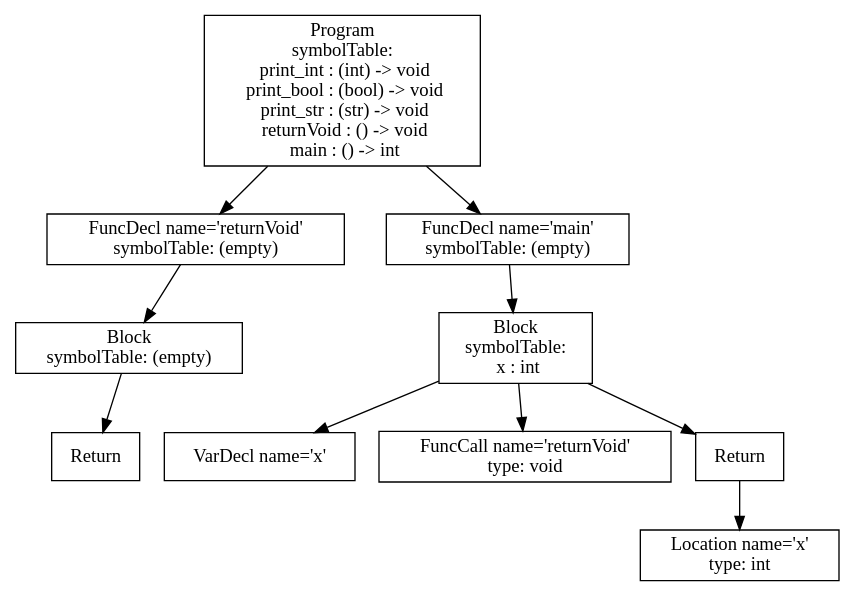
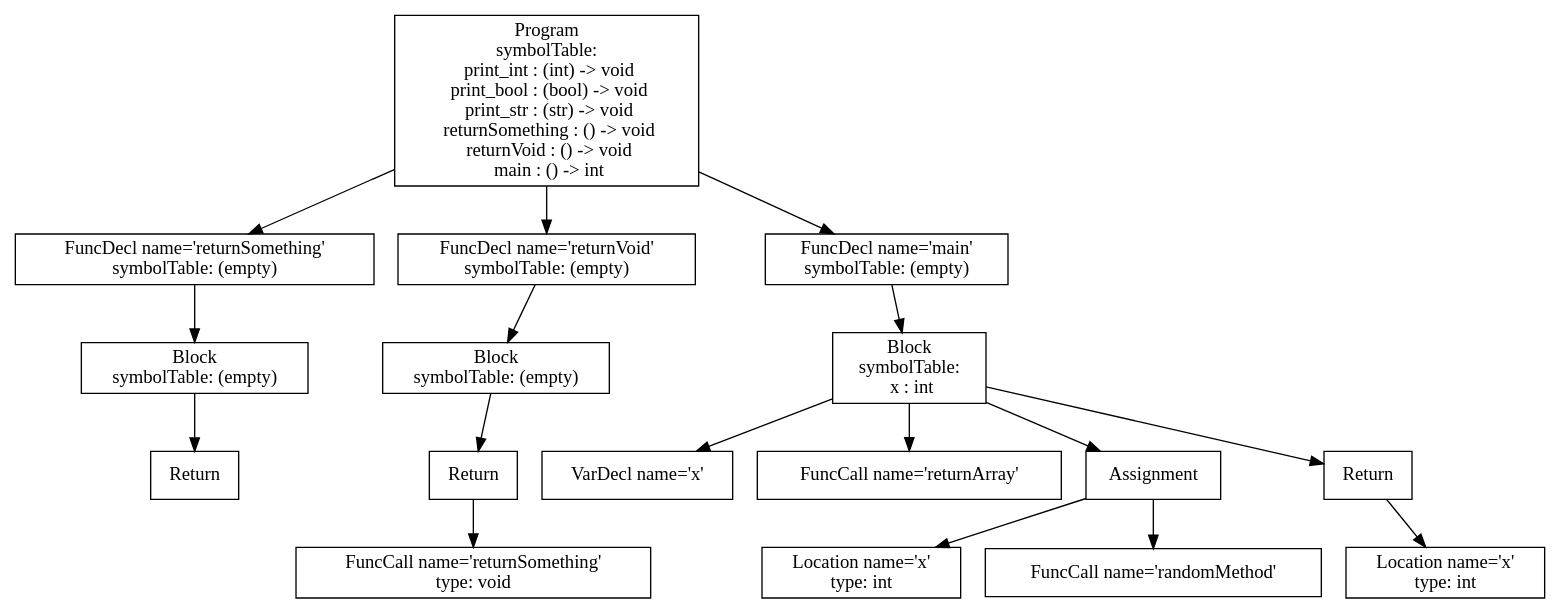
Before and after one commit to atrim11/CS432: the diagram in p3-analysis/tree.dot, drawn with Graphviz. The commit also changed 160 other files, not shown here.

Commit message:
var assignment to a method that doesnt exist

```diff
--- a/p3-analysis/tree.dot
+++ b/p3-analysis/tree.dot
@@ -1,21 +1,35 @@
 digraph AST {
 3 [shape=box, label="Return"];
 2 [shape=box, label="Block\nsymbolTable: (empty)"];
 2 -> 3;
-1 [shape=box, label="FuncDecl name='returnVoid'\nsymbolTable: (empty)"];
+1 [shape=box, label="FuncDecl name='returnSomething'\nsymbolTable: (empty)"];
 1 -> 2;
-6 [shape=box, label="VarDecl name='x'"];
-7 [shape=box, label="FuncCall name='returnVoid'\ntype: void"];
-9 [shape=box, label="Location name='x'\ntype: int"];
-8 [shape=box, label="Return"];
+7 [shape=box, label="FuncCall name='returnSomething'\ntype: void"];
+6 [shape=box, label="Return"];
+6 -> 7;
+5 [shape=box, label="Block\nsymbolTable: (empty)"];
+5 -> 6;
+4 [shape=box, label="FuncDecl name='returnVoid'\nsymbolTable: (empty)"];
+4 -> 5;
+10 [shape=box, label="VarDecl name='x'"];
+11 [shape=box, label="FuncCall name='returnArray'"];
+13 [shape=box, label="Location name='x'\ntype: int"];
+14 [shape=box, label="FuncCall name='randomMethod'"];
+12 [shape=box, label="Assignment"];
+12 -> 13;
+12 -> 14;
+16 [shape=box, label="Location name='x'\ntype: int"];
+15 [shape=box, label="Return"];
+15 -> 16;
+9 [shape=box, label="Block\nsymbolTable: \n  x : int"];
+9 -> 10;
+9 -> 11;
+9 -> 12;
+9 -> 15;
+8 [shape=box, label="FuncDecl name='main'\nsymbolTable: (empty)"];
 8 -> 9;
-5 [shape=box, label="Block\nsymbolTable: \n  x : int"];
-5 -> 6;
-5 -> 7;
-5 -> 8;
-4 [shape=box, label="FuncDecl name='main'\nsymbolTable: (empty)"];
-4 -> 5;
-0 [shape=box, label="Program\nsymbolTable: \n  print_int : (int) -> void\n  print_bool : (bool) -> void\n  print_str : (str) -> void\n  returnVoid : () -> void\n  main : () -> int"];
+0 [shape=box, label="Program\nsymbolTable: \n  print_int : (int) -> void\n  print_bool : (bool) -> void\n  print_str : (str) -> void\n  returnSomething : () -> void\n  returnVoid : () -> void\n  main : () -> int"];
 0 -> 1;
 0 -> 4;
+0 -> 8;
 }
```
